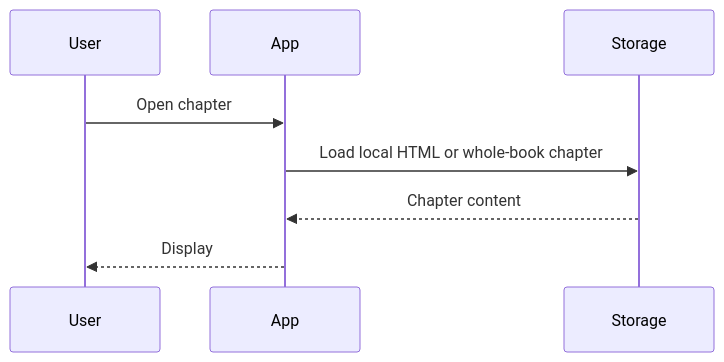
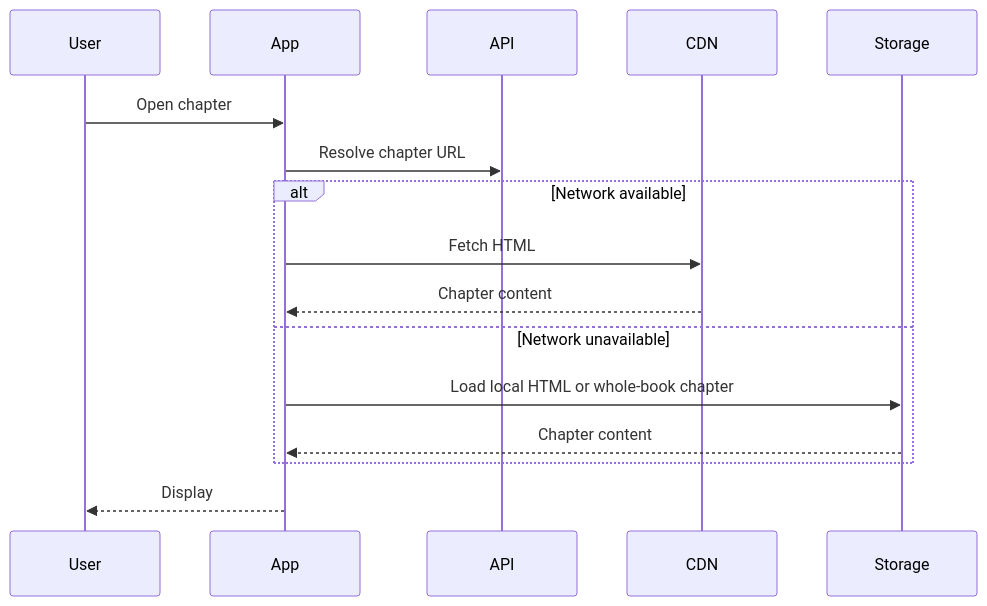
One commit to Bible-Translation-Tools/BIEL-mobile-app changed the third of 3 diagrams in docs/offline-mode.md. Above: the diagram before and after it, drawn with Mermaid. The commit also changed other lines of this file and 74 other files, not shown here.

````diff
--- a/docs/offline-mode.md
+++ b/docs/offline-mode.md
@@ -137,11 +137,19 @@
 ```mermaid
 sequenceDiagram
   participant User
   participant App
+  participant API
+  participant CDN
   participant Storage
 
   User->>App: Open chapter
-  App->>Storage: Load local HTML or whole-book chapter
-  Storage-->>App: Chapter content
+  App->>API: Resolve chapter URL
+  alt Network available
+    App->>CDN: Fetch HTML
+    CDN-->>App: Chapter content
+  else Network unavailable
+    App->>Storage: Load local HTML or whole-book chapter
+    Storage-->>App: Chapter content
+  end
   App-->>User: Display
 ```
````
